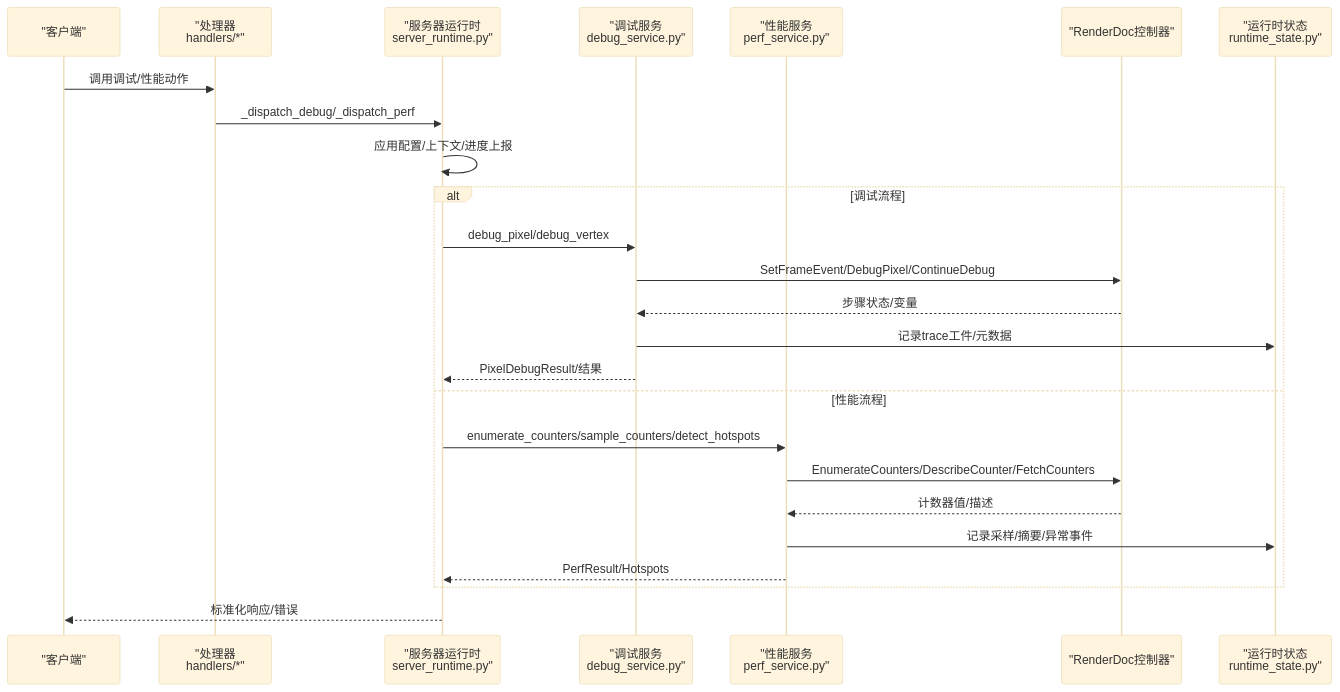
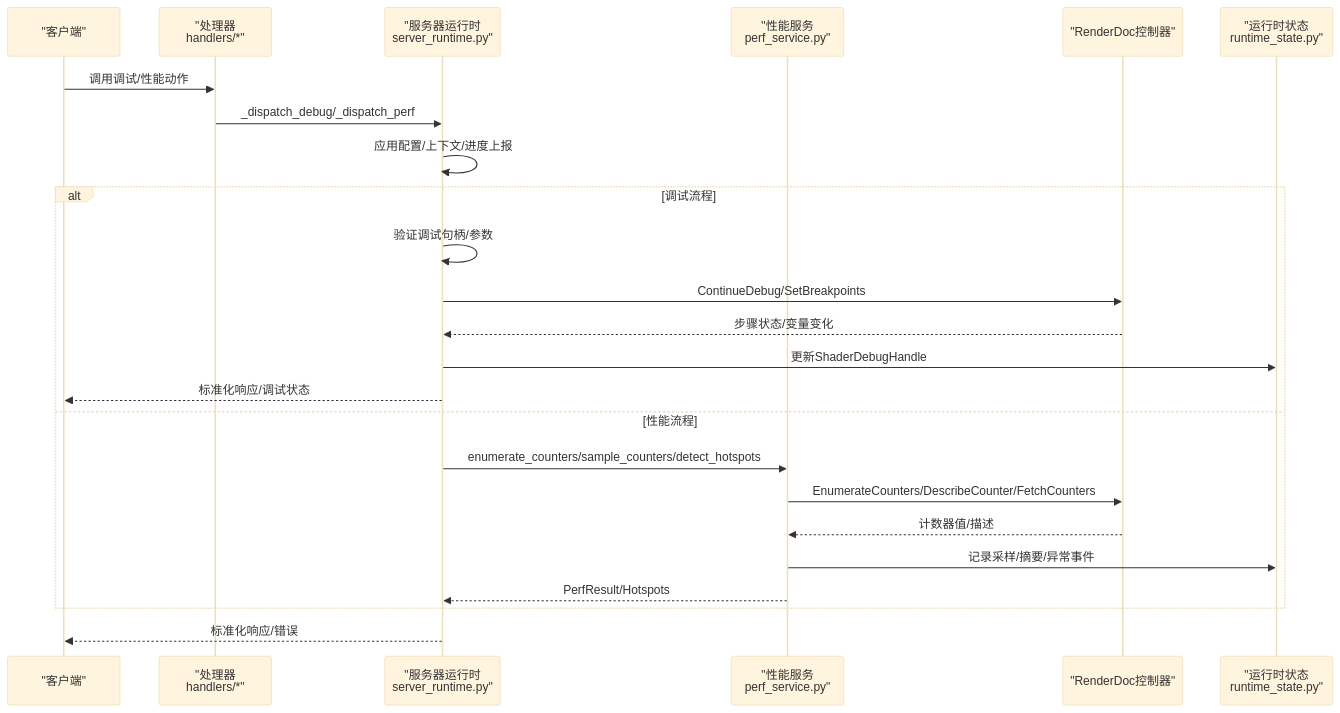
One commit to haolange/RDC-Tool changed the second of 5 diagrams in .qoder/repowiki/zh/content/高级主题/监控与调试.md. Above: the diagram before and after it, drawn with Mermaid (base theme). The commit also changed other lines of this file and 79 other files, not shown here.

````diff
--- a/.qoder/repowiki/zh/content/高级主题/监控与调试.md
+++ b/.qoder/repowiki/zh/content/高级主题/监控与调试.md
@@ -101,27 +105,26 @@
 ```mermaid
 sequenceDiagram
 participant Client as "客户端"
 participant Handler as "处理器<br/>handlers/*"
 participant Runtime as "服务器运行时<br/>server_runtime.py"
-participant Debug as "调试服务<br/>debug_service.py"
 participant Perf as "性能服务<br/>perf_service.py"
 participant RD as "RenderDoc控制器"
 participant State as "运行时状态<br/>runtime_state.py"
 Client->>Handler : 调用调试/性能动作
 Handler->>Runtime : _dispatch_debug/_dispatch_perf
 Runtime->>Runtime : 应用配置/上下文/进度上报
 alt 调试流程
-Runtime->>Debug : debug_pixel/debug_vertex
-Debug->>RD : SetFrameEvent/DebugPixel/ContinueDebug
-RD-->>Debug : 步骤状态/变量
-Debug->>State : 记录trace工件/元数据
-Debug-->>Runtime : PixelDebugResult/结果
+Runtime->>Runtime : 验证调试句柄/参数
+Runtime->>RD : ContinueDebug/SetBreakpoints
+RD-->>Runtime : 步骤状态/变量变化
+Runtime->>State : 更新ShaderDebugHandle
+Runtime-->>Client : 标准化响应/调试状态
 else 性能流程
 Runtime->>Perf : enumerate_counters/sample_counters/detect_hotspots
 Perf->>RD : EnumerateCounters/DescribeCounter/FetchCounters
 RD-->>Perf : 计数器值/描述
 Perf->>State : 记录采样/摘要/异常事件
 Perf-->>Runtime : PerfResult/Hotspots
 end
 Runtime-->>Client : 标准化响应/错误
 ```
````
